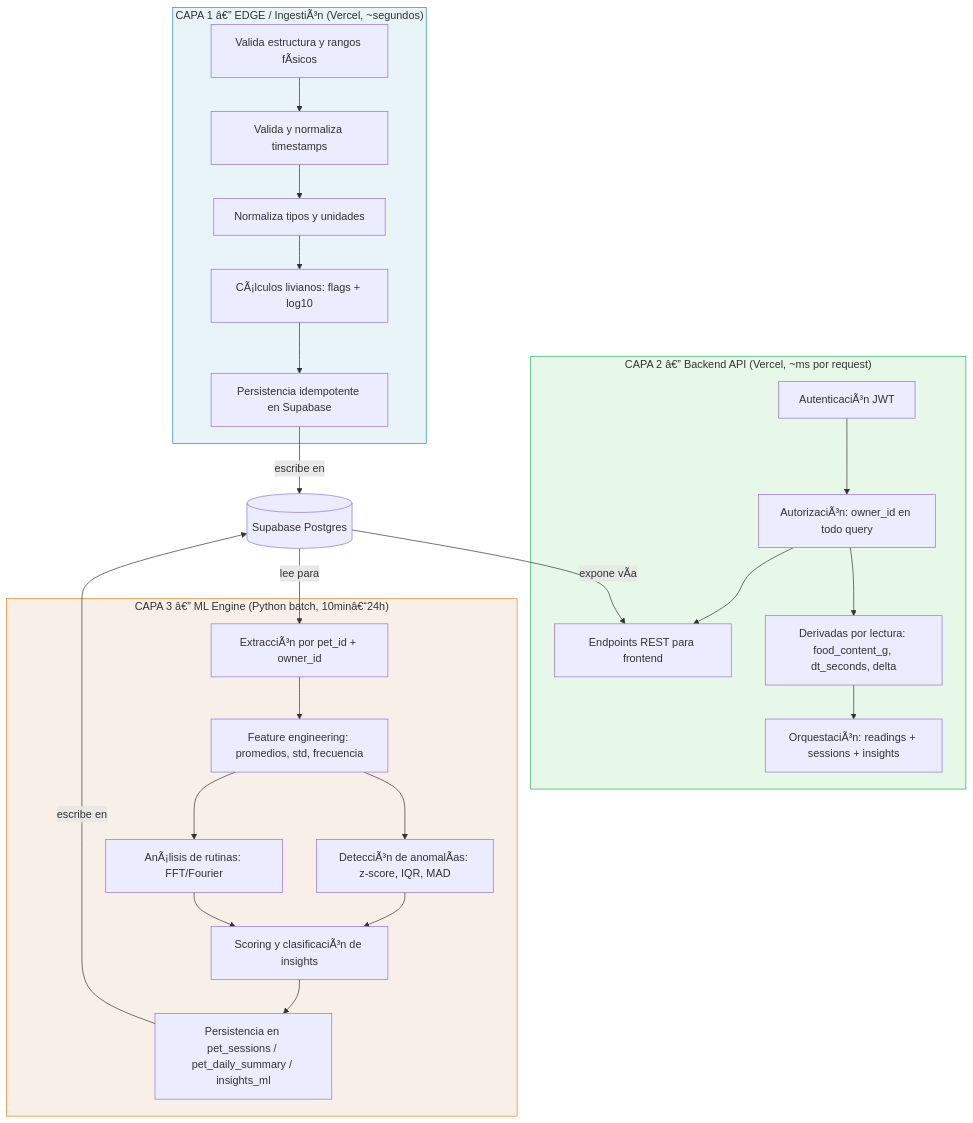
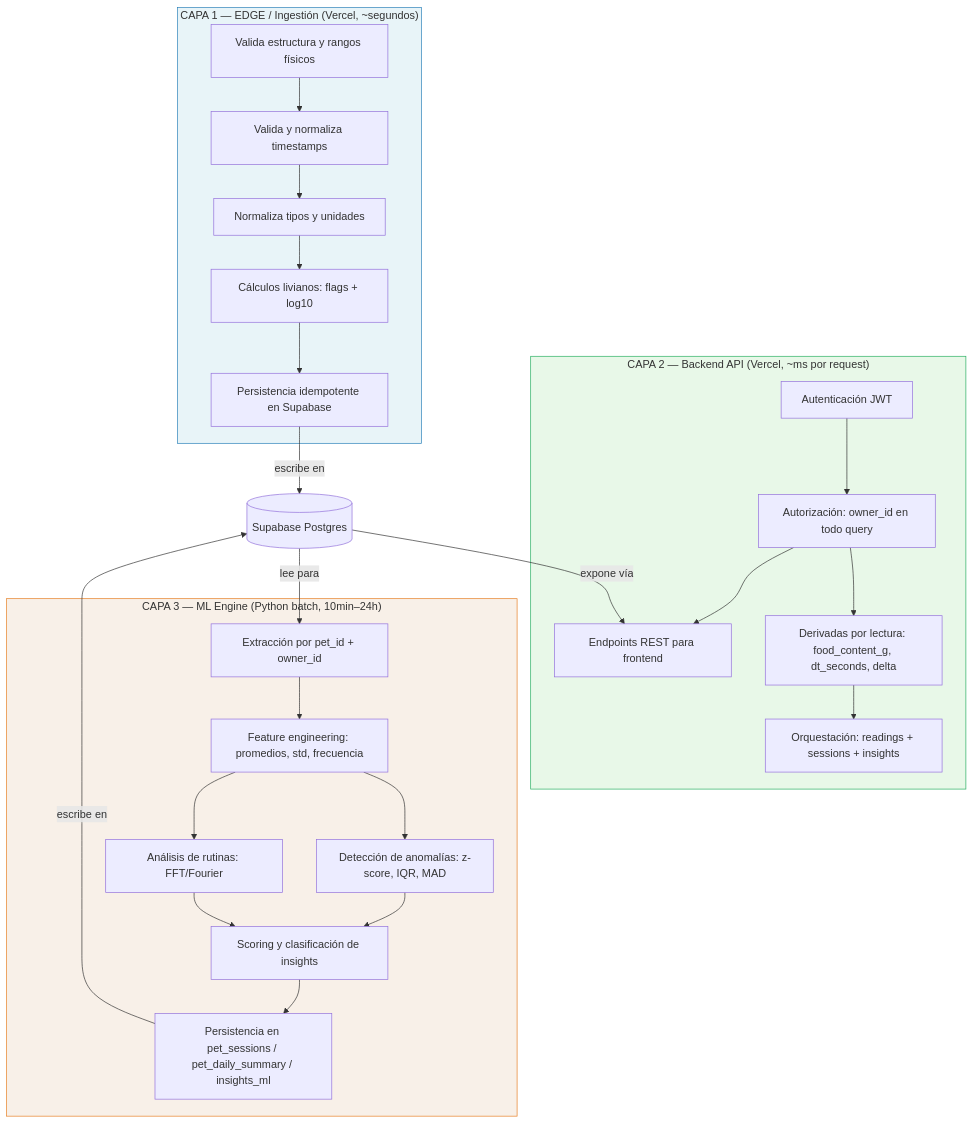
The first of 6 diagrams in Docs/archive/analitica/KittyPau_Arquitectura_Datos_v3.md (kittypau-mascotas/kittypau_2026), drawn with Mermaid before and after one commit. The commit also changed other lines of this file and 344 other files, not shown here.

````diff
--- a/Docs/archive/analitica/KittyPau_Arquitectura_Datos_v3.md
+++ b/Docs/archive/analitica/KittyPau_Arquitectura_Datos_v3.md
@@ -32,43 +32,43 @@
 ```mermaid
 graph TD
-    subgraph CAPA1["CAPA 1 â€” EDGE / IngestiÃ³n (Vercel, ~segundos)"]
-        A1[Valida estructura y rangos fÃ­sicos]
+    subgraph CAPA1["CAPA 1 — EDGE / Ingestión (Vercel, ~segundos)"]
+        A1[Valida estructura y rangos físicos]
         A2[Valida y normaliza timestamps]
         A3[Normaliza tipos y unidades]
-        A4[CÃ¡lculos livianos: flags + log10]
+        A4[Cálculos livianos: flags + log10]
         A5[Persistencia idempotente en Supabase]
         A1 --> A2 --> A3 --> A4 --> A5
     end
 
-    subgraph CAPA2["CAPA 2 â€” Backend API (Vercel, ~ms por request)"]
-        B1[AutenticaciÃ³n JWT]
-        B2[AutorizaciÃ³n: owner_id en todo query]
+    subgraph CAPA2["CAPA 2 — Backend API (Vercel, ~ms por request)"]
+        B1[Autenticación JWT]
+        B2[Autorización: owner_id en todo query]
         B3[Endpoints REST para frontend]
         B4[Derivadas por lectura: food_content_g, dt_seconds, delta]
-        B5[OrquestaciÃ³n: readings + sessions + insights]
+        B5[Orquestación: readings + sessions + insights]
         B1 --> B2 --> B3
         B2 --> B4
         B4 --> B5
     end
 
-    subgraph CAPA3["CAPA 3 â€” ML Engine (Python batch, 10minâ€“24h)"]
-        C1[ExtracciÃ³n por pet_id + owner_id]
+    subgraph CAPA3["CAPA 3 — ML Engine (Python batch, 10min–24h)"]
+        C1[Extracción por pet_id + owner_id]
         C2[Feature engineering: promedios, std, frecuencia]
-        C3[DetecciÃ³n de anomalÃ­as: z-score, IQR, MAD]
-        C4[AnÃ¡lisis de rutinas: FFT/Fourier]
-        C5[Scoring y clasificaciÃ³n de insights]
+        C3[Detección de anomalías: z-score, IQR, MAD]
+        C4[Análisis de rutinas: FFT/Fourier]
+        C5[Scoring y clasificación de insights]
         C6[Persistencia en pet_sessions / pet_daily_summary / insights_ml]
         C1 --> C2 --> C3 --> C5
         C2 --> C4 --> C5
         C5 --> C6
     end
 
     A5 -->|escribe en| DB[(Supabase Postgres)]
     DB -->|lee para| C1
     C6 -->|escribe en| DB
-    DB -->|expone vÃ­a| B3
+    DB -->|expone vía| B3
 
     style CAPA1 fill:#e8f4f8,stroke:#2980b9
     style CAPA2 fill:#e8f8e8,stroke:#27ae60
     style CAPA3 fill:#f8f0e8,stroke:#e67e22
 ```
````
